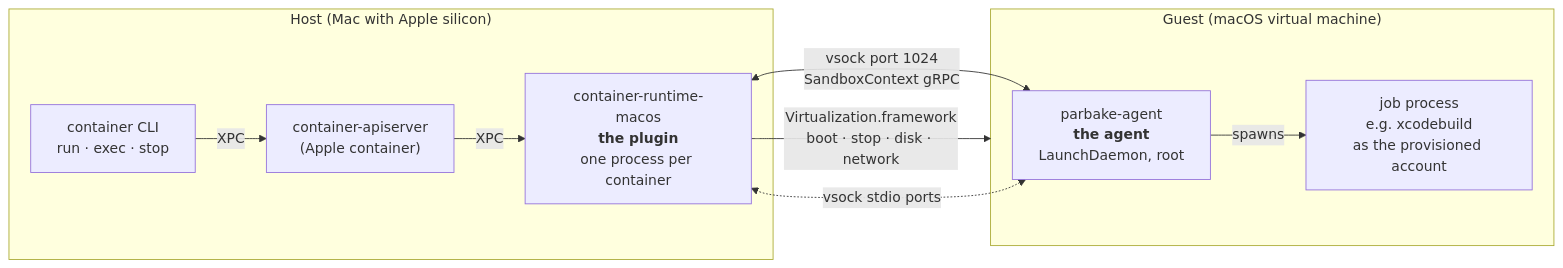
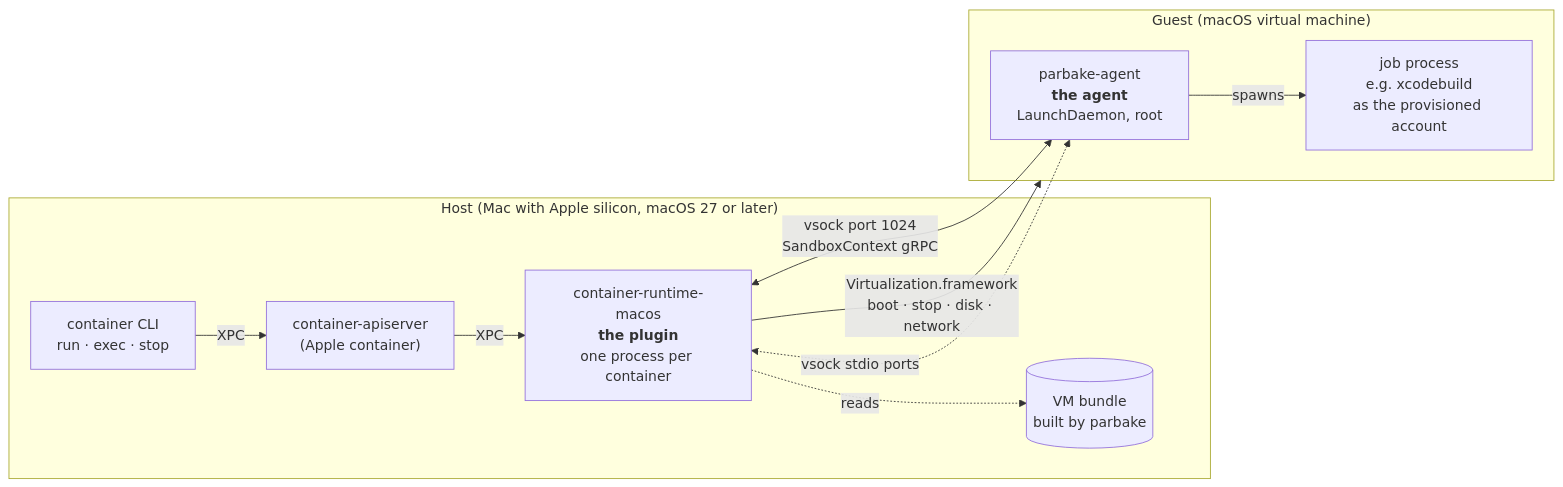
The first of 4 diagrams in docs/architecture.md (extra-code/parbake), drawn with Mermaid before and after one commit. The commit also changed other lines of this file and 15 other files, not shown here.

First line of the commit message:
Require a macOS 27 host and an ASIF bundle disk

````diff
--- a/docs/architecture.md
+++ b/docs/architecture.md
@@ -6,18 +8,20 @@
 ```mermaid
 flowchart LR
-    subgraph host["Host (Mac with Apple silicon)"]
+    subgraph host["Host (Mac with Apple silicon, macOS 27 or later)"]
         cli["container CLI<br/>run · exec · stop"]
         api["container-apiserver<br/>(Apple container)"]
         plugin["container-runtime-macos<br/><b>the plugin</b><br/>one process per container"]
+        bundle[("VM bundle<br/>built by parbake")]
         cli -- XPC --> api
         api -- XPC --> plugin
+        plugin -. reads .-> bundle
     end
     subgraph guest["Guest (macOS virtual machine)"]
         agent["parbake-agent<br/><b>the agent</b><br/>LaunchDaemon, root"]
         proc["job process<br/>e.g. xcodebuild<br/>as the provisioned account"]
         agent -- spawns --> proc
     end
     plugin -->|"Virtualization.framework<br/>boot · stop · disk · network"| guest
     plugin <-->|"vsock port 1024<br/>SandboxContext gRPC"| agent
     agent <-.->|"vsock stdio ports"| plugin
 ```
````
